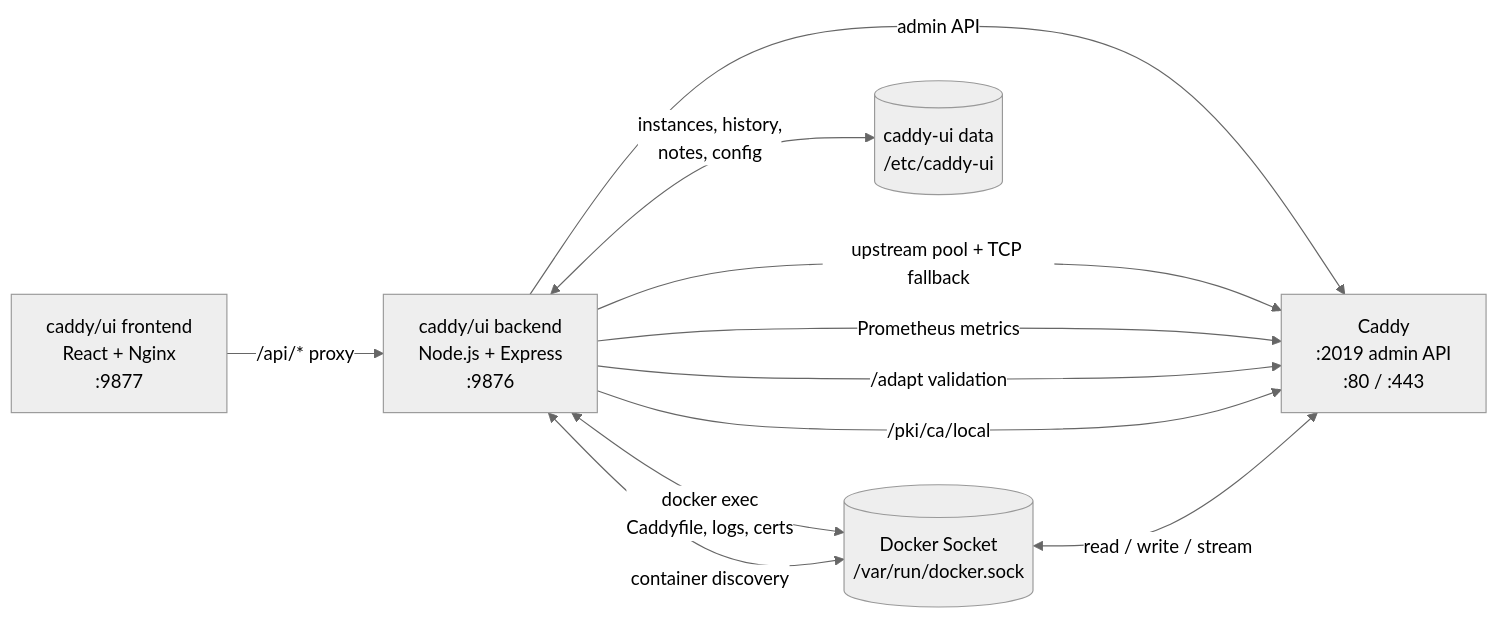
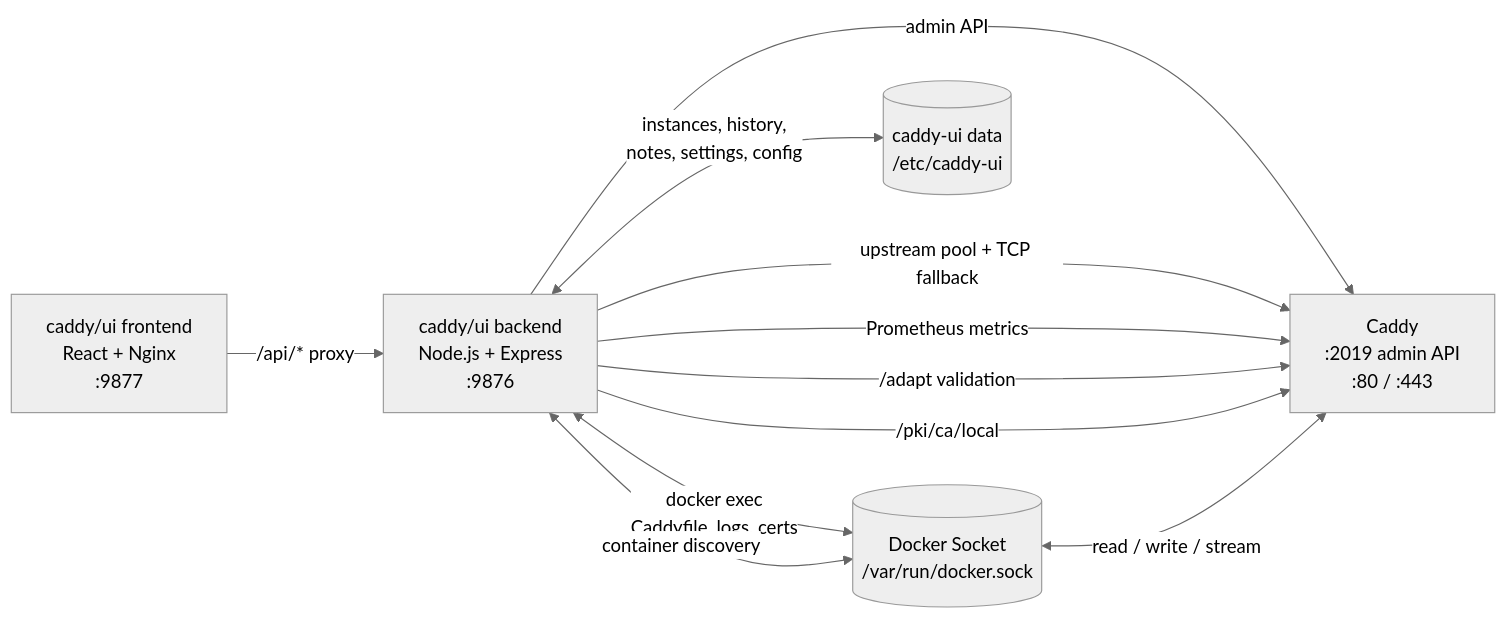
One commit to Trblz42/caddy-ui changed the diagram in README.md. Above: the diagram before and after it, drawn with Mermaid (neutral theme). The commit also changed other lines of this file and 9 other files, not shown here.

````diff
--- a/README.md
+++ b/README.md
@@ -66,19 +66,19 @@
 ```mermaid
 graph LR
     FE["caddy/ui frontend\nReact + Nginx\n:9877"]
     BE["caddy/ui backend\nNode.js + Express\n:9876"]
     DS[("Docker Socket\n/var/run/docker.sock")]
     CA["Caddy\n:2019 admin API\n:80 / :443"]
     UI_DATA[("caddy-ui data\n/etc/caddy-ui")]
 
     FE -->|"/api/* proxy"| BE
     BE -->|"admin API"| CA
     BE -->|"upstream pool + TCP fallback"| CA
     BE -->|"Prometheus metrics"| CA
     BE -->|"/adapt validation"| CA
     BE -->|"/pki/ca/local"| CA
     BE <-->|"docker exec\nCaddyfile, logs, certs"| DS
     DS <-->|"read / write / stream"| CA
     BE <-->|"container discovery"| DS
-    BE <-->|"instances, history,\nnotes, config"| UI_DATA
+    BE <-->|"instances, history,\nnotes, settings, config"| UI_DATA
 ```
````
